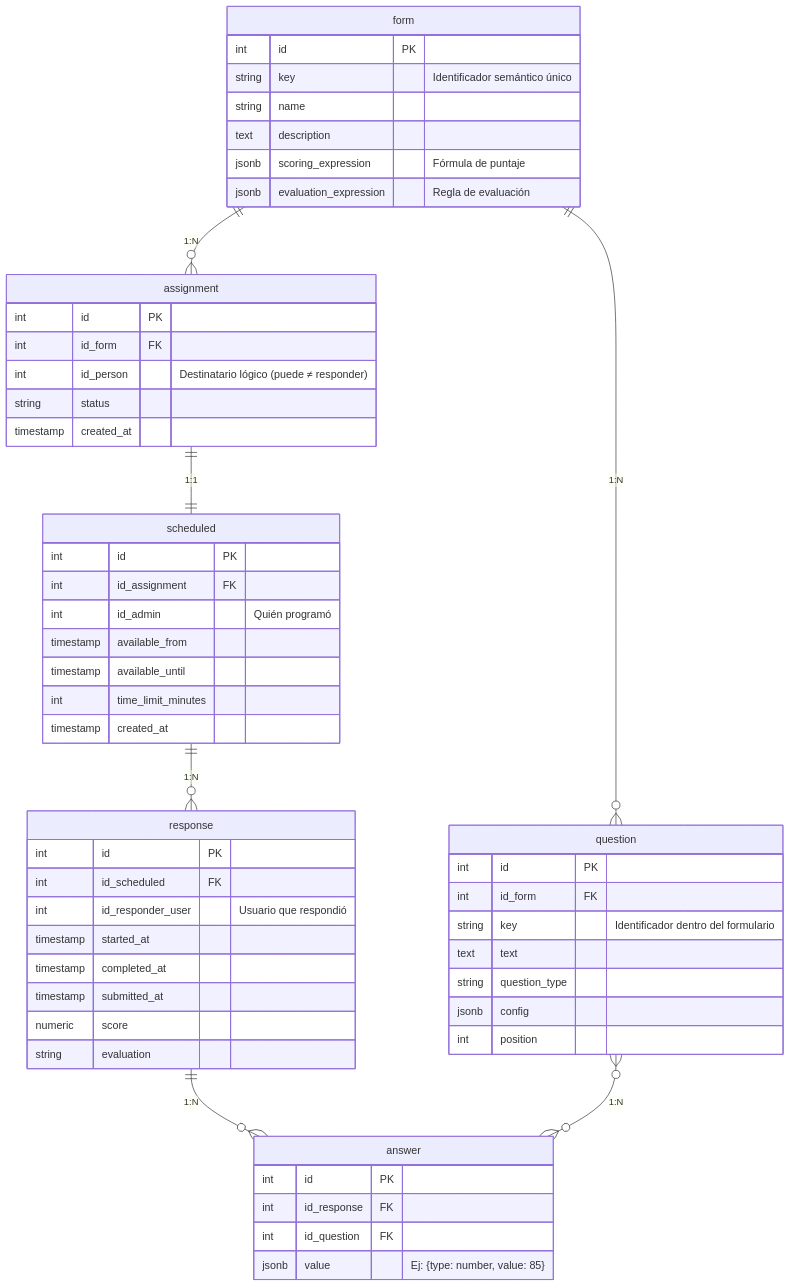
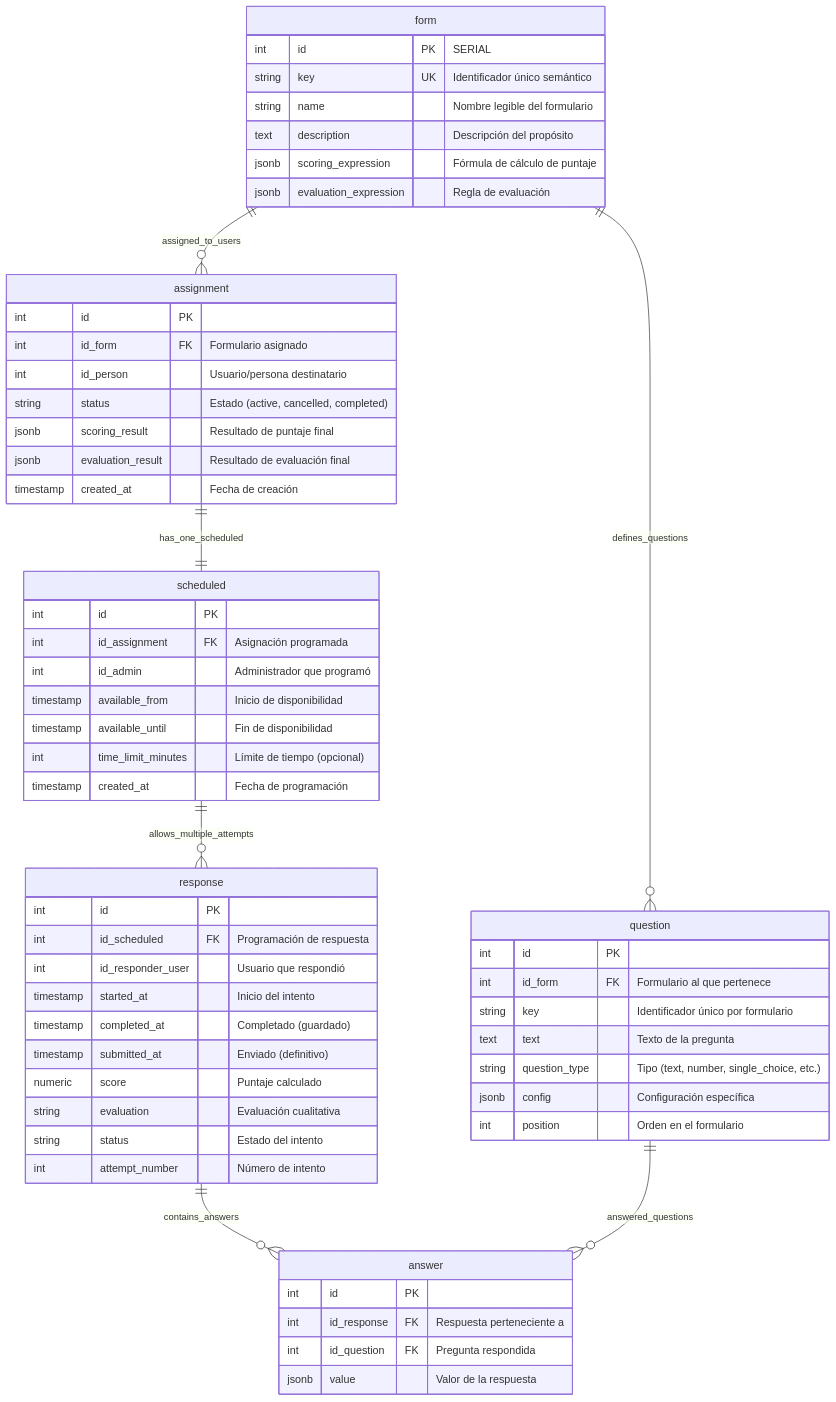
One commit to m4ck-y/FormFlow changed the diagram in backend/docs/bd_mermaid.mmd. Above: the diagram before and after it, drawn with Mermaid. The commit also changed 1 other file, not shown here.

Commit message:
DOCS (BACKEND) - ERD[score, evaluation]

```diff
--- a/backend/docs/bd_mermaid.mmd
+++ b/backend/docs/bd_mermaid.mmd
@@ -1,69 +1,73 @@
 erDiagram
 
-    form ||--o{ question : "1:N"
-    form ||--o{ assignment : "1:N"
-    assignment ||--|| scheduled : "1:1"
-    scheduled ||--o{ response : "1:N"
-    response ||--o{ answer : "1:N"
-    question }o--o{ answer : "1:N"
+    %% Grupo: Plantilla
+    form ||--o{ question : "defines_questions"
+    form ||--o{ assignment : "assigned_to_users"
+    
+    %% Grupo: Asignación y Programación
+    assignment ||--|| scheduled : "has_one_scheduled"
+    scheduled ||--o{ response : "allows_multiple_attempts"
+    
+    %% Grupo: Respuesta
+    response ||--o{ answer : "contains_answers"
+    question ||--o{ answer : "answered_questions"
 
-    %% Tabla: form
+    %% Entidades detalladas
     form {
-        int id PK
-        string key "Identificador semántico único"
-        string name
-        text description
-        jsonb scoring_expression "Fórmula de puntaje"
+        int id PK "SERIAL"
+        string key UK "Identificador único semántico"
+        string name "Nombre legible del formulario"
+        text description "Descripción del propósito"
+        jsonb scoring_expression "Fórmula de cálculo de puntaje"
         jsonb evaluation_expression "Regla de evaluación"
     }
-
-    %% Tabla: question
+    
     question {
         int id PK
-        int id_form FK
-        string key "Identificador dentro del formulario"
-        text text
-        string question_type
-        jsonb config
-        int position
+        int id_form FK "Formulario al que pertenece"
+        string key "Identificador único por formulario"
+        text text "Texto de la pregunta"
+        string question_type "Tipo (text, number, single_choice, etc.)"
+        jsonb config "Configuración específica"
+        int position "Orden en el formulario"
     }
-
-    %% Tabla: assignment
+    
     assignment {
         int id PK
-        int id_form FK
-        int id_person "Destinatario lógico (puede ≠ responder)"
-        string status
-        timestamp created_at
+        int id_form FK "Formulario asignado"
+        int id_person "Usuario/persona destinatario"
+        string status "Estado (active, cancelled, completed)"
+        jsonb scoring_result "Resultado de puntaje final"
+        jsonb evaluation_result "Resultado de evaluación final"
+        timestamp created_at "Fecha de creación"
     }
-
-    %% Tabla: scheduled
+    
     scheduled {
         int id PK
-        int id_assignment FK
-        int id_admin "Quién programó"
-        timestamp available_from
-        timestamp available_until
-        int time_limit_minutes
-        timestamp created_at
+        int id_assignment FK "Asignación programada"
+        int id_admin "Administrador que programó"
+        timestamp available_from "Inicio de disponibilidad"
+        timestamp available_until "Fin de disponibilidad"
+        int time_limit_minutes "Límite de tiempo (opcional)"
+        timestamp created_at "Fecha de programación"
     }
-
-    %% Tabla: response
+    
     response {
         int id PK
-        int id_scheduled FK
+        int id_scheduled FK "Programación de respuesta"
         int id_responder_user "Usuario que respondió"
-        timestamp started_at
-        timestamp completed_at
-        timestamp submitted_at
-        numeric score
-        string evaluation
+        timestamp started_at "Inicio del intento"
+        timestamp completed_at "Completado (guardado)"
+        timestamp submitted_at "Enviado (definitivo)"
+        numeric score "Puntaje calculado"
+        string evaluation "Evaluación cualitativa"
+        string status "Estado del intento"
+        int attempt_number "Número de intento"
     }
-
-    %% Tabla: answer
+    
     answer {
         int id PK
-        int id_response FK
-        int id_question FK
-        jsonb value "Ej: {type: number, value: 85}"
+        int id_response FK "Respuesta perteneciente a"
+        int id_question FK "Pregunta respondida"
+        jsonb value "Valor de la respuesta"
     }
```
